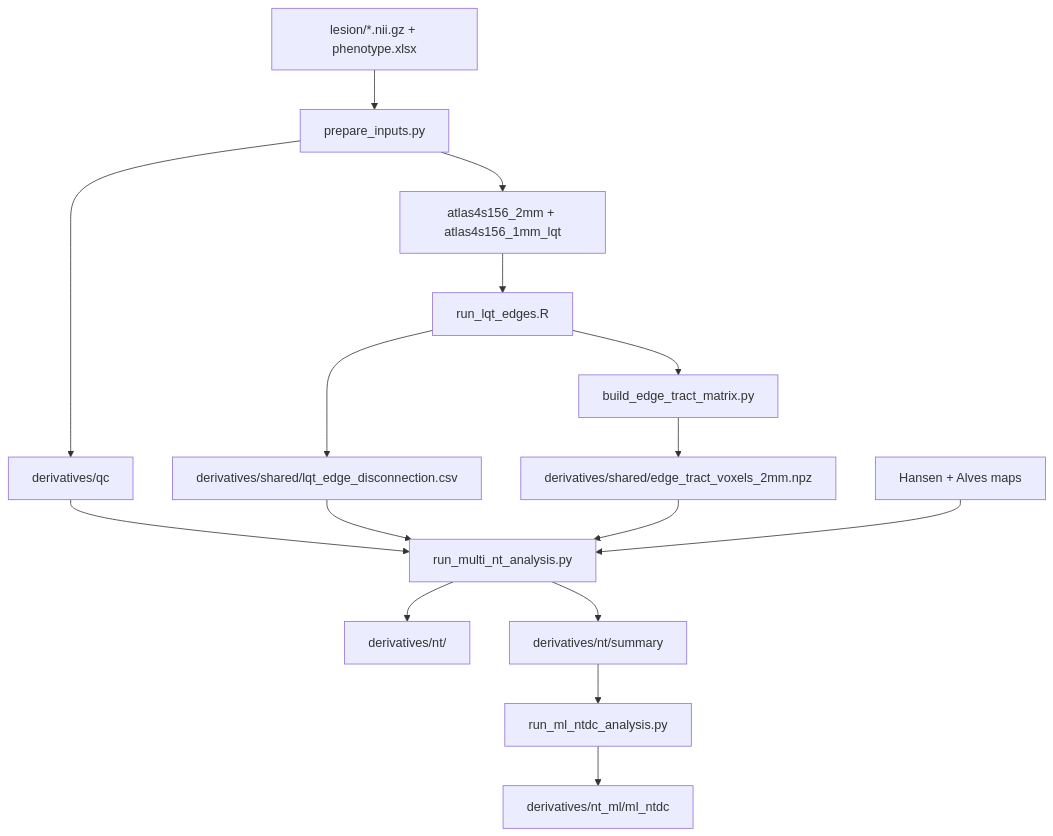
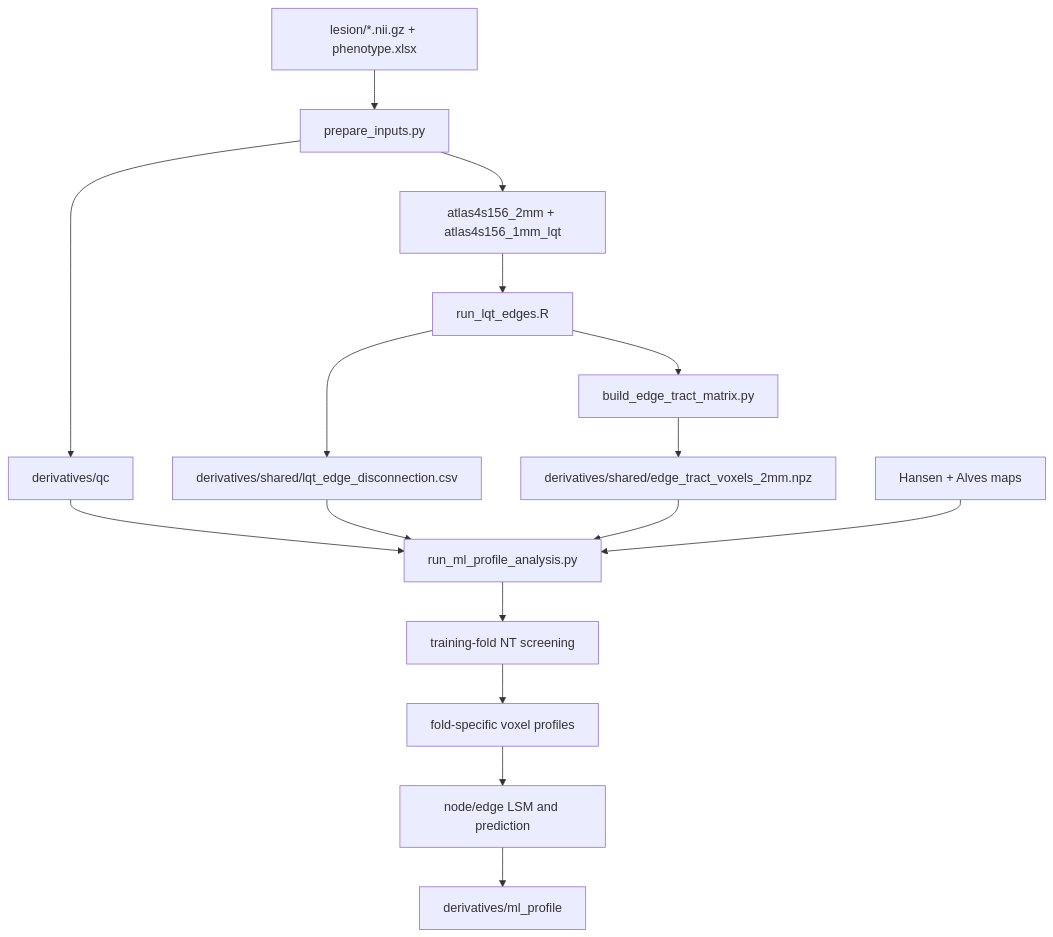
One commit to zhenzonglin/neurotransmitter changed the diagram in docs/manual_qc.md. Above: the diagram before and after it, drawn with Mermaid. The commit also changed other lines of this file and 16 other files, not shown here.

````diff
--- a/docs/manual_qc.md
+++ b/docs/manual_qc.md
@@ -26,18 +25,18 @@
 ```mermaid
 flowchart TD
     A["lesion/*.nii.gz + phenotype.xlsx"] --> B["prepare_inputs.py"]
     B --> C["derivatives/qc"]
     B --> D["atlas4s156_2mm + atlas4s156_1mm_lqt"]
     D --> E["run_lqt_edges.R"]
     E --> F["derivatives/shared/lqt_edge_disconnection.csv"]
     E --> K["build_edge_tract_matrix.py"]
     K --> L["derivatives/shared/edge_tract_voxels_2mm.npz"]
-    C --> G["run_multi_nt_analysis.py"]
+    C --> G["run_ml_profile_analysis.py"]
     F --> G
     L --> G
     H["Hansen + Alves maps"] --> G
-    G --> I["derivatives/nt/<nt_id>"]
-    G --> J["derivatives/nt/summary"]
-    J --> M["run_ml_ntdc_analysis.py"]
-    M --> N["derivatives/nt_ml/ml_ntdc"]
+    G --> I["training-fold NT screening"]
+    I --> J["fold-specific voxel profiles"]
+    J --> M["node/edge LSM and prediction"]
+    M --> N["derivatives/ml_profile"]
 ```
````
